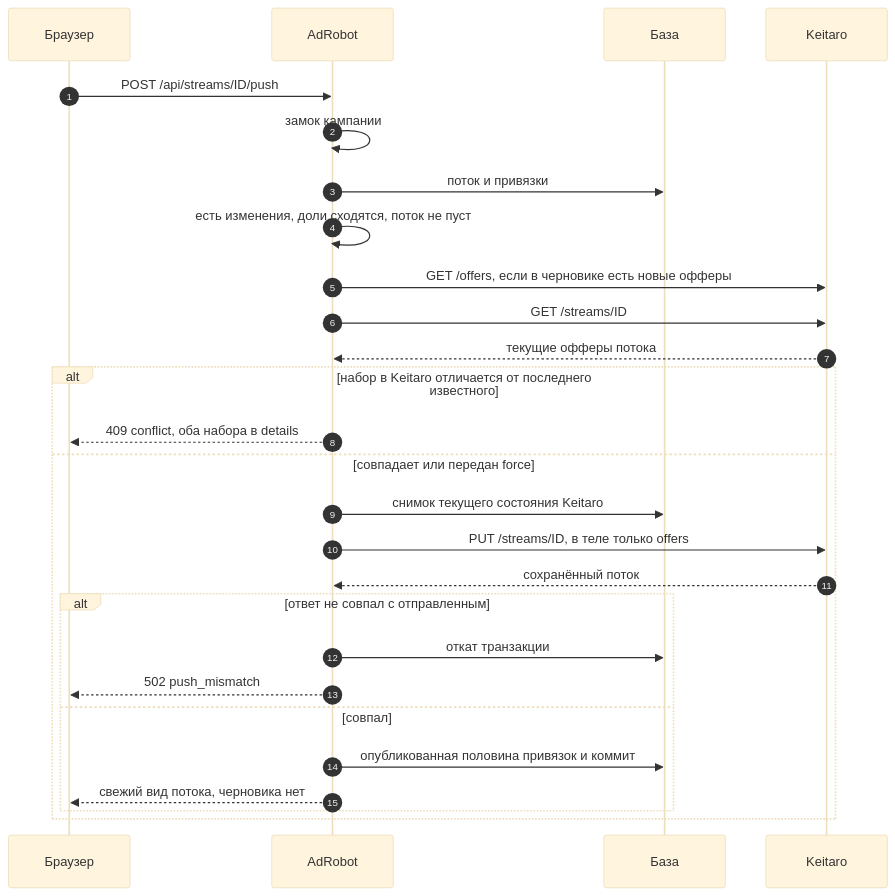
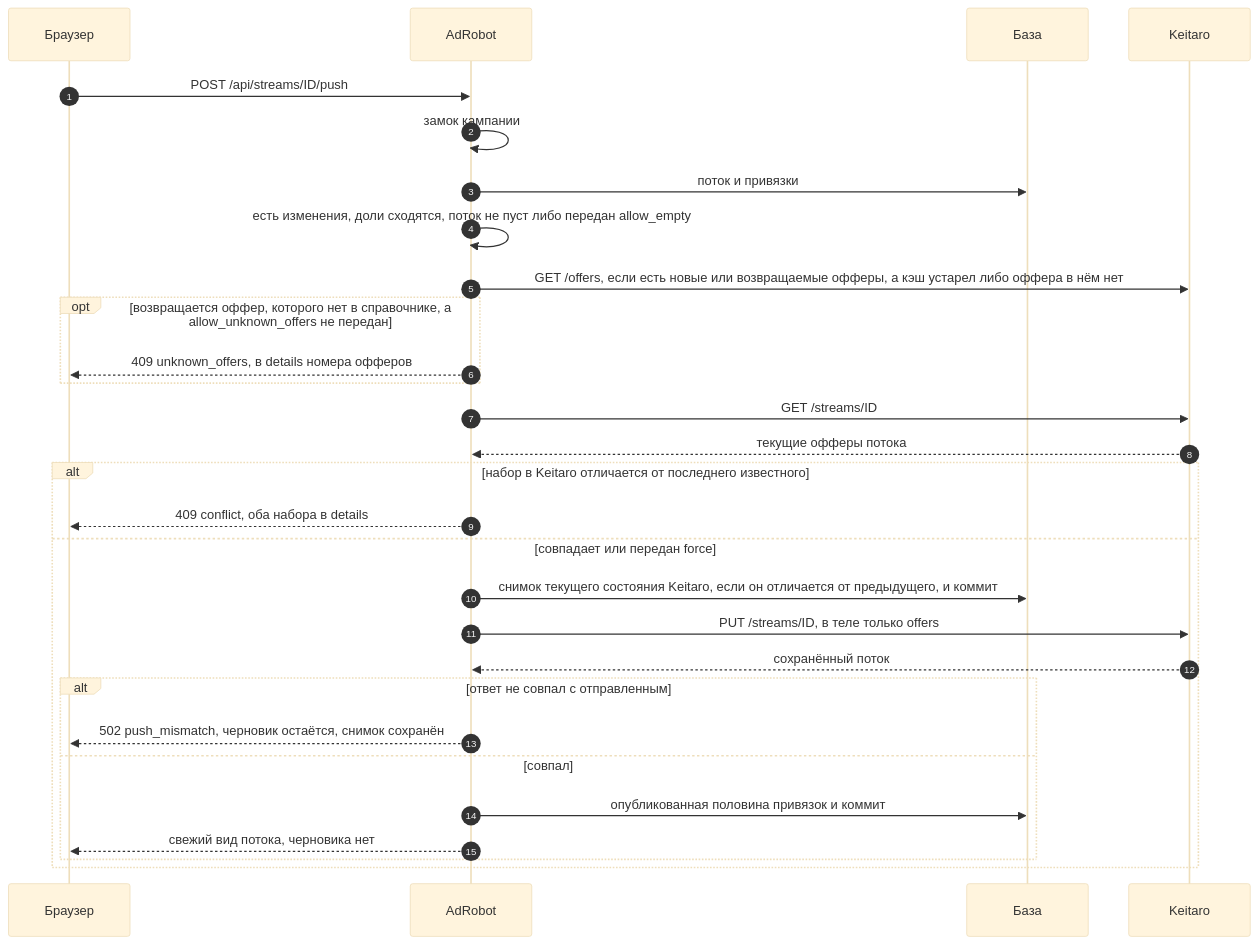
Before and after one commit to ermahavwork/adrobot-keitaro: the fourth of 4 diagrams in docs/ARCHITECTURE.md, drawn with Mermaid (base theme). The commit also changed other lines of this file and 61 other files, not shown here.

````diff
--- a/docs/ARCHITECTURE.md
+++ b/docs/ARCHITECTURE.md
@@ -152,30 +168,32 @@
 ```mermaid
 sequenceDiagram
     autonumber
     participant UI as Браузер
     participant API as AdRobot
     participant DB as База
     participant KT as Keitaro
 
     UI->>API: POST /api/streams/ID/push
     API->>API: замок кампании
     API->>DB: поток и привязки
-    API->>API: есть изменения, доли сходятся, поток не пуст
-    API->>KT: GET /offers, если в черновике есть новые офферы
+    API->>API: есть изменения, доли сходятся, поток не пуст либо передан allow_empty
+    API->>KT: GET /offers, если есть новые или возвращаемые офферы, а кэш устарел либо оффера в нём нет
+    opt возвращается оффер, которого нет в справочнике, а allow_unknown_offers не передан
+        API-->>UI: 409 unknown_offers, в details номера офферов
+    end
     API->>KT: GET /streams/ID
     KT-->>API: текущие офферы потока
     alt набор в Keitaro отличается от последнего известного
         API-->>UI: 409 conflict, оба набора в details
     else совпадает или передан force
-        API->>DB: снимок текущего состояния Keitaro
+        API->>DB: снимок текущего состояния Keitaro, если он отличается от предыдущего, и коммит
         API->>KT: PUT /streams/ID, в теле только offers
         KT-->>API: сохранённый поток
         alt ответ не совпал с отправленным
-            API->>DB: откат транзакции
-            API-->>UI: 502 push_mismatch
+            API-->>UI: 502 push_mismatch, черновик остаётся, снимок сохранён
         else совпал
             API->>DB: опубликованная половина привязок и коммит
             API-->>UI: свежий вид потока, черновика нет
         end
     end
 ```
````
